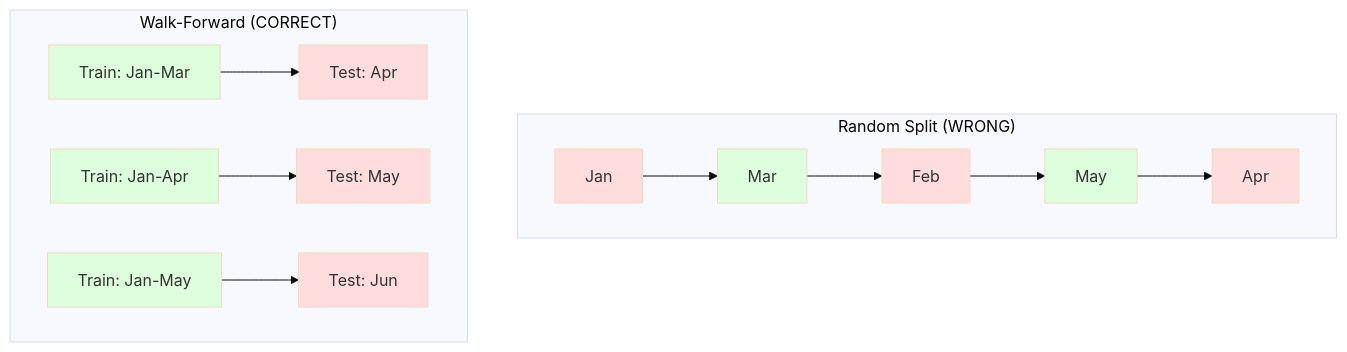
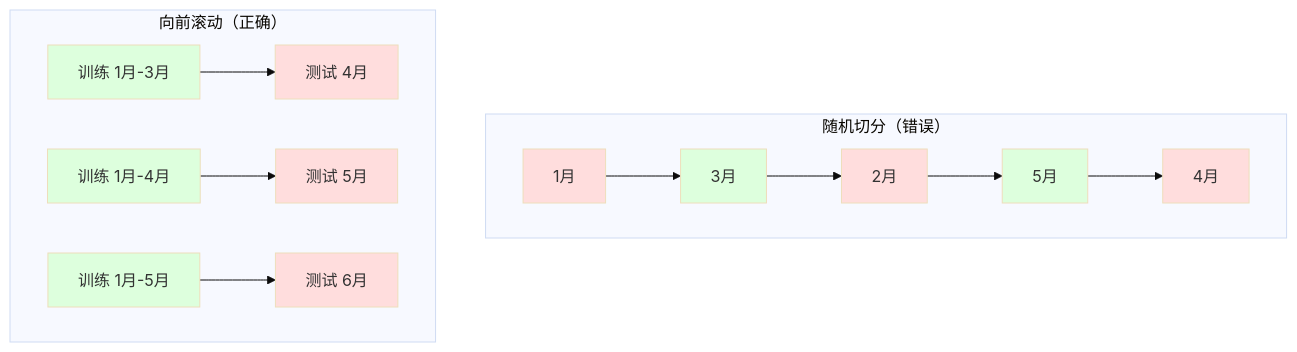
Before and after one commit to JerryC8080/ai-engineering-from-scratch-zh: the third of 3 diagrams in phases/02-ml-fundamentals/15-time-series/docs/zh.md, drawn with Mermaid (base theme). The commit also changed other lines of this file and 156 other files, not shown here.

First line of the commit message:
i18n(zh): translate mermaid diagram labels in 157 lesson zh.md

````diff
--- a/phases/02-ml-fundamentals/15-time-series/docs/zh.md
+++ b/phases/02-ml-fundamentals/15-time-series/docs/zh.md
@@ -153,28 +153,28 @@
 ```mermaid
 flowchart TD
-    subgraph WRONG["Random Split (WRONG)"]
+    subgraph WRONG["随机切分（错误）"]
         direction LR
-        W1[Jan] --> W2[Mar]
-        W2 --> W3[Feb]
-        W3 --> W4[May]
-        W4 --> W5[Apr]
+        W1[1月] --> W2[3月]
+        W2 --> W3[2月]
+        W3 --> W4[5月]
+        W4 --> W5[4月]
         style W1 fill:#fdd
         style W3 fill:#fdd
         style W5 fill:#fdd
         style W2 fill:#dfd
         style W4 fill:#dfd
     end
 
-    subgraph RIGHT["Walk-Forward (CORRECT)"]
+    subgraph RIGHT["向前滚动（正确）"]
         direction LR
-        R1["Train: Jan-Mar"] --> R2["Test: Apr"]
-        R3["Train: Jan-Apr"] --> R4["Test: May"]
-        R5["Train: Jan-May"] --> R6["Test: Jun"]
+        R1["训练 1月-3月"] --> R2["测试 4月"]
+        R3["训练 1月-4月"] --> R4["测试 5月"]
+        R5["训练 1月-5月"] --> R6["测试 6月"]
         style R1 fill:#dfd
         style R2 fill:#fdd
         style R3 fill:#dfd
         style R4 fill:#fdd
         style R5 fill:#dfd
         style R6 fill:#fdd
     end
 ```
````
